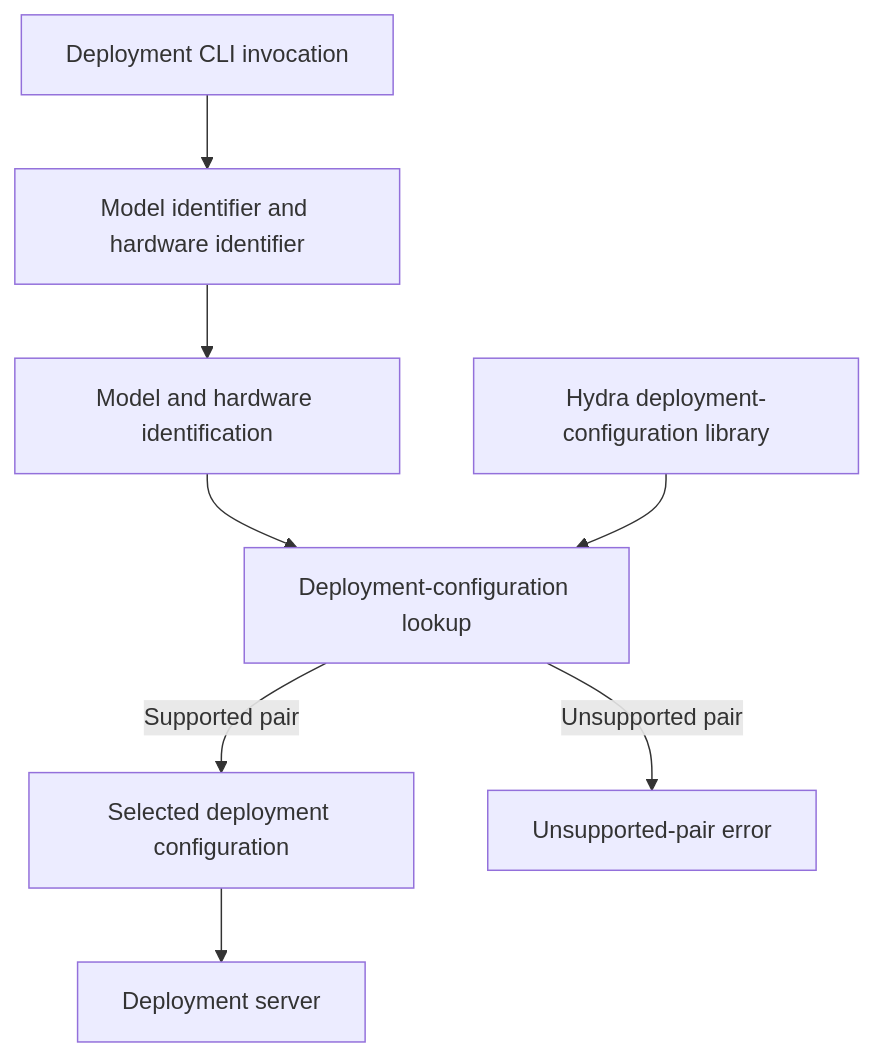
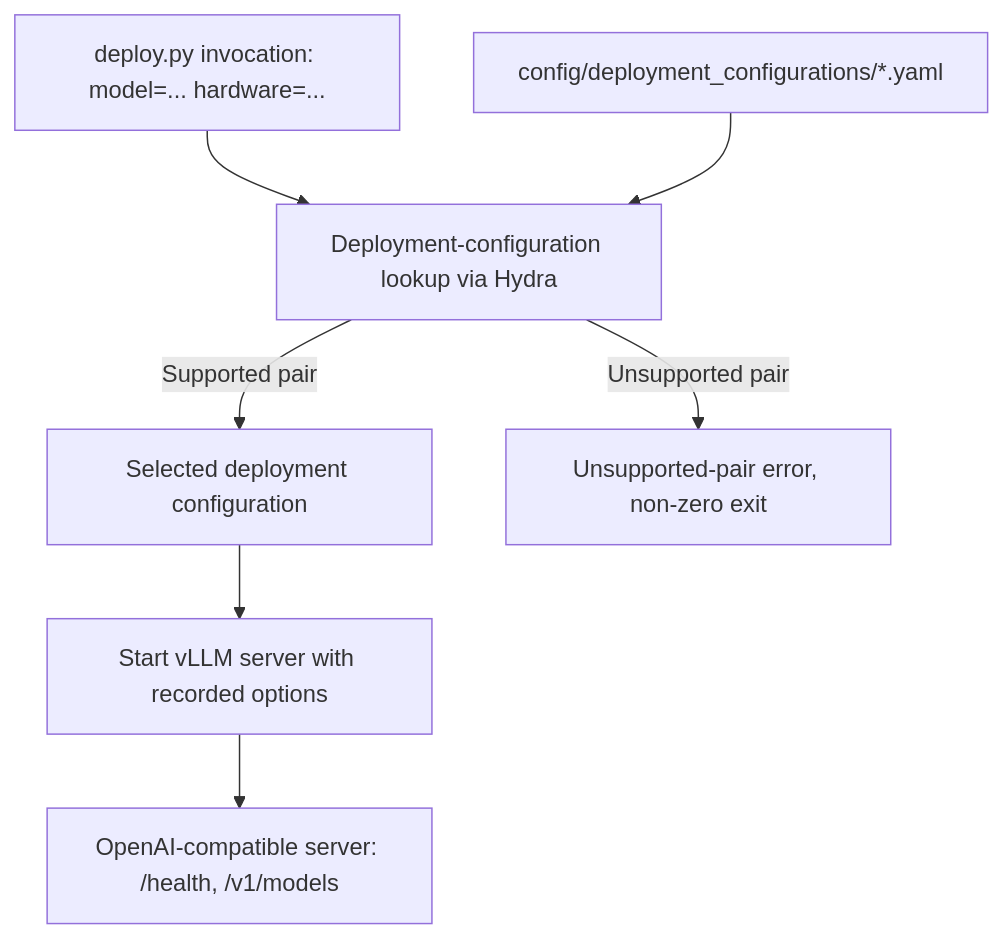
The diagram in .internal/constitution-spec.md (anton-pershin/llm-deployment), drawn with Mermaid before and after one commit. The commit also changed other lines of this file and 1 other file, not shown here.

Commit message:
Complete 01-baseline-skeleton KISS spec; modernize constitution diagram; rename config/solutions to config/deployment_configurations

````diff
--- a/.internal/constitution-spec.md
+++ b/.internal/constitution-spec.md
@@ -284,10 +284,9 @@
 ```mermaid
 flowchart TD
-    CLI[Deployment CLI invocation] --> INPUT[Model identifier and hardware identifier]
-    INPUT --> IDENTIFY[Model and hardware identification]
-    IDENTIFY --> LOOKUP[Deployment-configuration lookup]
-    LIB[Hydra deployment-configuration library] --> LOOKUP
-    LOOKUP -->|Supported pair| CONFIG[Selected deployment configuration]
-    LOOKUP -->|Unsupported pair| ERROR[Unsupported-pair error]
-    CONFIG --> DEPLOY[Deployment server]
+    CLI["deploy.py invocation: model=... hardware=..."] --> LOOKUP["Deployment-configuration lookup via Hydra"]
+    LIB["config/deployment_configurations/*.yaml"] --> LOOKUP
+    LOOKUP -->|Supported pair| CONFIG["Selected deployment configuration"]
+    LOOKUP -->|Unsupported pair| ERROR["Unsupported-pair error, non-zero exit"]
+    CONFIG --> START["Start vLLM server with recorded options"]
+    START --> SERVE["OpenAI-compatible server: /health, /v1/models"]
 ```
````
